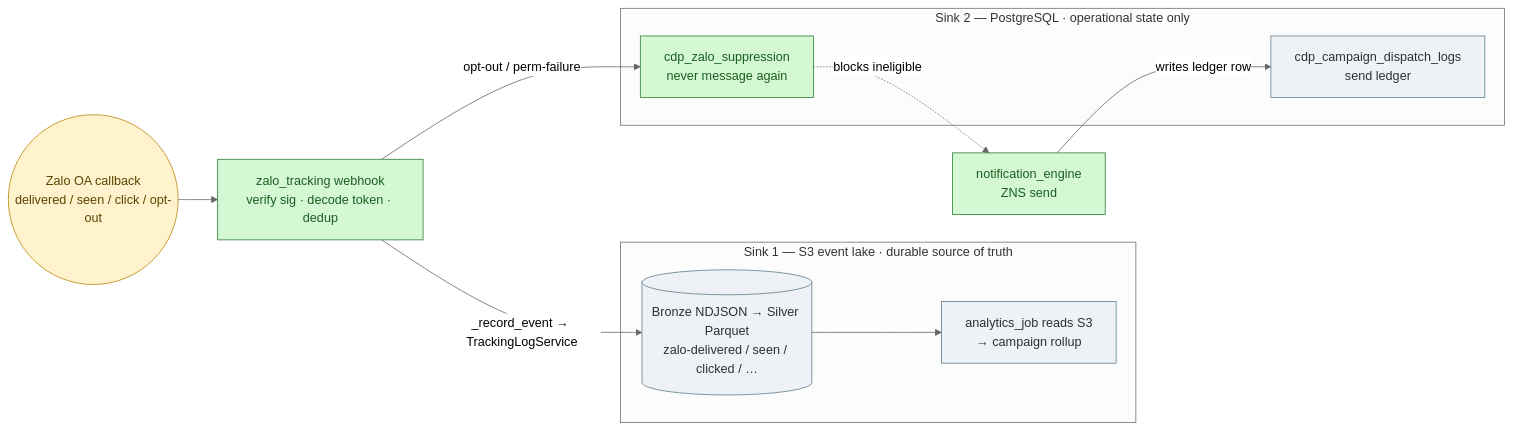
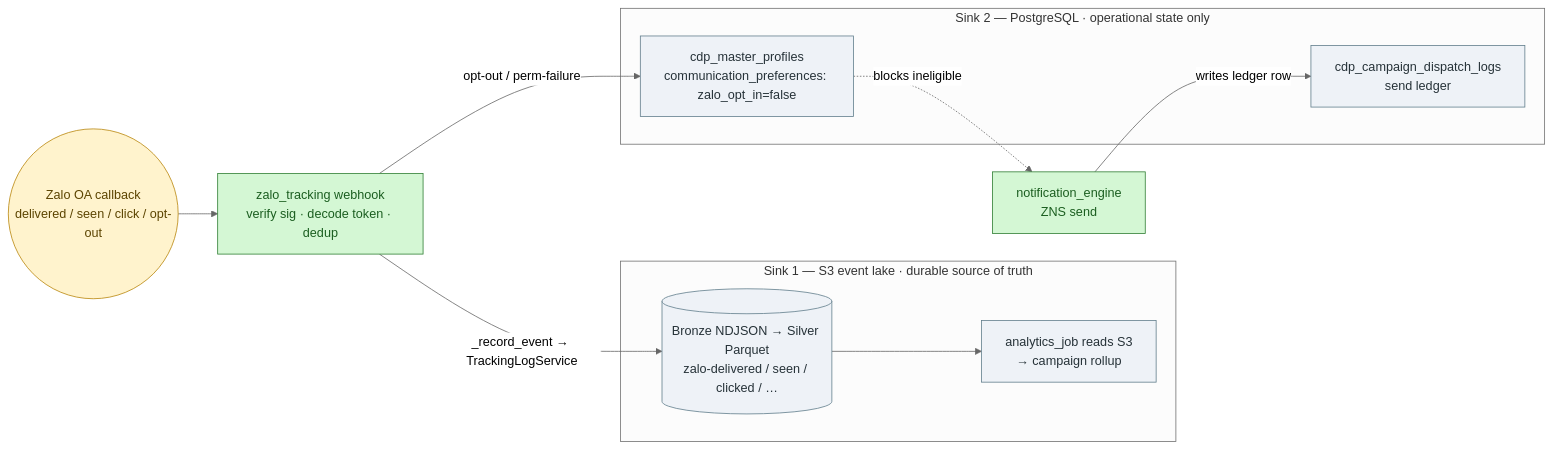
The third of 3 diagrams in docs/action-plans/PLAN-ZALO-ZNS-OPTIMIZED.md (LEO-CDP/leo-customer360), drawn with Mermaid (neutral theme) before and after one commit. The commit also changed other lines of this file, not shown here.

First line of the commit message:
docs(zalo): re-baseline plan on zero-new-table (max reuse)

````diff
--- a/docs/action-plans/PLAN-ZALO-ZNS-OPTIMIZED.md
+++ b/docs/action-plans/PLAN-ZALO-ZNS-OPTIMIZED.md
@@ -168,31 +156,31 @@
 ```mermaid
 flowchart LR
     OA(("Zalo OA callback<br/>delivered / seen / click / opt-out"))
     ENG["notification_engine<br/>ZNS send"]
     WH["zalo_tracking webhook<br/>verify sig · decode token · dedup"]
 
     OA --> WH
     ENG -->|writes ledger row| LOG
     WH -->|"_record_event → TrackingLogService"| S3
     WH -->|opt-out / perm-failure| SUP
 
     subgraph SINK1["Sink 1 — S3 event lake · durable source of truth"]
         S3[("Bronze NDJSON → Silver Parquet<br/>zalo-delivered / seen / clicked / …")]
         AN["analytics_job reads S3<br/>→ campaign rollup"]
         S3 --> AN
     end
 
     subgraph SINK2["Sink 2 — PostgreSQL · operational state only"]
         LOG["cdp_campaign_dispatch_logs<br/>send ledger"]
-        SUP["cdp_zalo_suppression<br/>never message again"]
+        SUP["cdp_master_profiles<br/>communication_preferences: zalo_opt_in=false"]
     end
 
     SUP -.->|blocks ineligible| ENG
 
     classDef new fill:#d4f7d4,stroke:#2e7d32,color:#1b5e20;
     classDef reuse fill:#eef2f7,stroke:#607d8b,color:#263238;
     classDef ext fill:#fff3cd,stroke:#b8860b,color:#5c4400;
-    class WH,SUP,ENG new;
-    class S3,AN,LOG reuse;
+    class WH,ENG new;
+    class S3,AN,LOG,SUP reuse;
     class OA ext;
 ```
````
